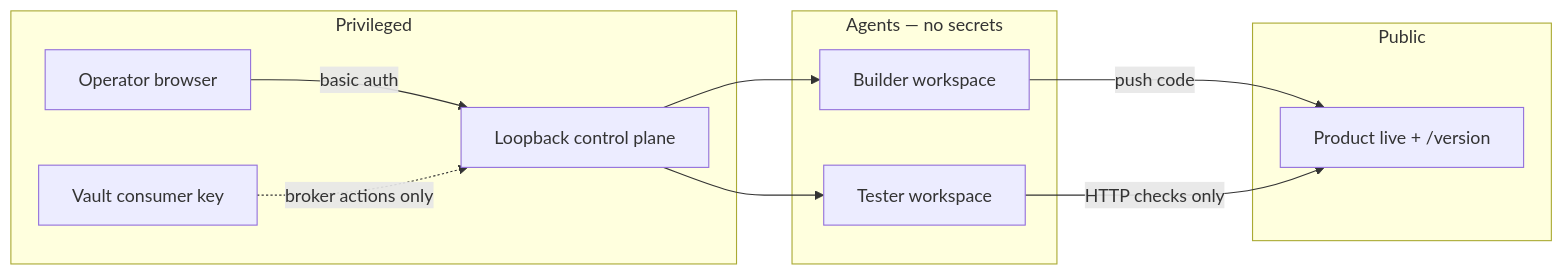
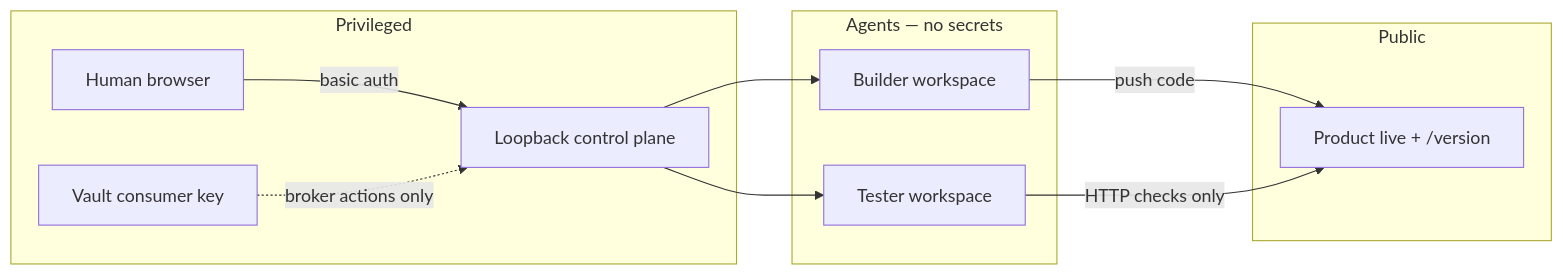
The third of 7 diagrams in apps/web/public/content/vibe-coding/ratchet-guide/diagrams.md (southu/vygo), drawn with Mermaid before and after one commit. The commit also changed other lines of this file and 42 other files, not shown here.

````diff
--- a/apps/web/public/content/vibe-coding/ratchet-guide/diagrams.md
+++ b/apps/web/public/content/vibe-coding/ratchet-guide/diagrams.md
@@ -69,24 +69,24 @@
 ```mermaid
 flowchart LR
   subgraph privileged [Privileged]
-    OP[Operator browser]
+    OP[Human browser]
     CP[Loopback control plane]
     VC[Vault consumer key]
   end
 
   subgraph agents [Agents — no secrets]
     BU[Builder workspace]
     TE[Tester workspace]
   end
 
   subgraph public [Public]
     PL[Product live + /version]
   end
 
   OP -->|basic auth| CP
   CP --> BU
   CP --> TE
   VC -.->|broker actions only| CP
   BU -->|push code| PL
   TE -->|HTTP checks only| PL
 ```
````
